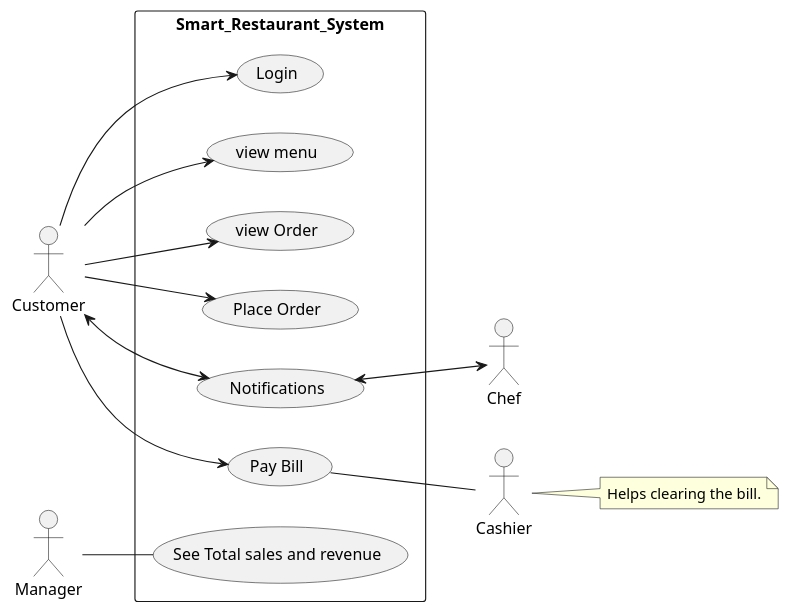
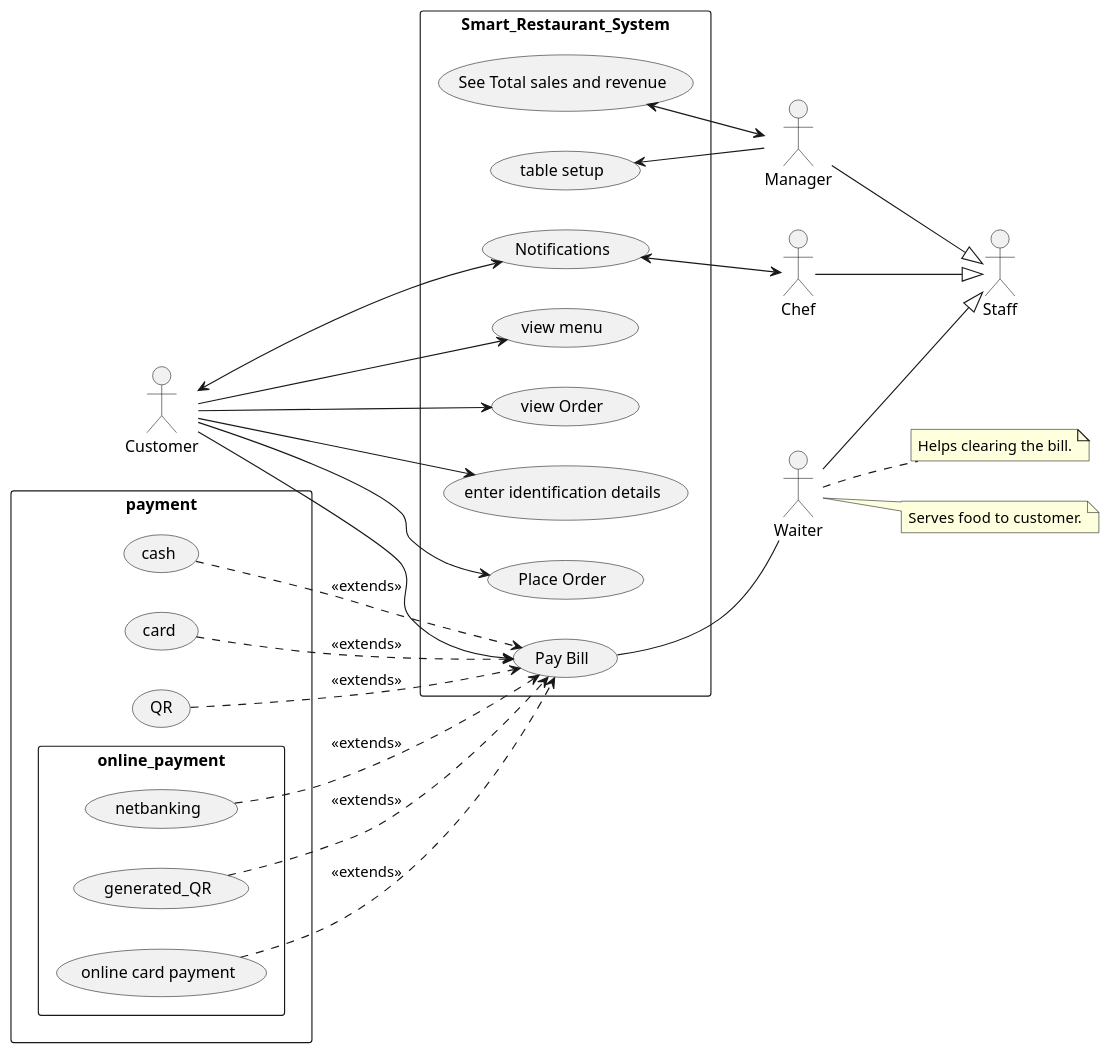
The diagram in UML Diagrams/Usecase.puml (BITS-Smart/Smart-Restaurant), drawn with PlantUML before and after one commit. The commit also changed 2 other files, not shown here.

Commit message:
UML refinement after meeting on 15 December 2020

```diff
--- a/UML Diagrams/Usecase.puml
+++ b/UML Diagrams/Usecase.puml
@@ -1,20 +1,37 @@
 @startuml
 left to right direction
 actor Customer as c
 actor Manager as mgr
 actor Chef as cf
-actor Cashier as csr
+actor Waiter as wtr
+cf --|> Staff
+mgr --|> Staff
+wtr --|> Staff
 rectangle Smart_Restaurant_System{
-	c --> (Login)
-	c--> (view menu)
+	(See Total sales and revenue) <--> mgr
+    (table setup) <-- mgr
+	(Notifications) <--> cf
+	c --> (view menu)
 	c --> (view Order)
+	c --> (enter identification details)
 	c --> (Place Order)
 	c <--> (Notifications)
 	c --> (Pay Bill)
-	(Pay Bill) -- csr
-	(Notifications) <--> cf
-	mgr -- (See Total sales and revenue)
+    ' (Notifications) <--> wtr
+	(Pay Bill) -- wtr
+}
+rectangle payment{
+	(cash) ..> (Pay Bill)  : <<extends>>
+	(card) ..> (Pay Bill)  : <<extends>>
+	(QR) ..> (Pay Bill)  : <<extends>>
+	rectangle online_payment{
+	(netbanking) ..> (Pay Bill)  : <<extends>>
+	(generated_QR) ..> (Pay Bill)  : <<extends>>
+	(online card payment) ..> (Pay Bill)  : <<extends>>
+	}
 
-}
-note right of csr: Helps clearing the bill.
+	}
+
+note right of wtr: Helps clearing the bill.
+note right of wtr: Serves food to customer.
 @enduml
```
